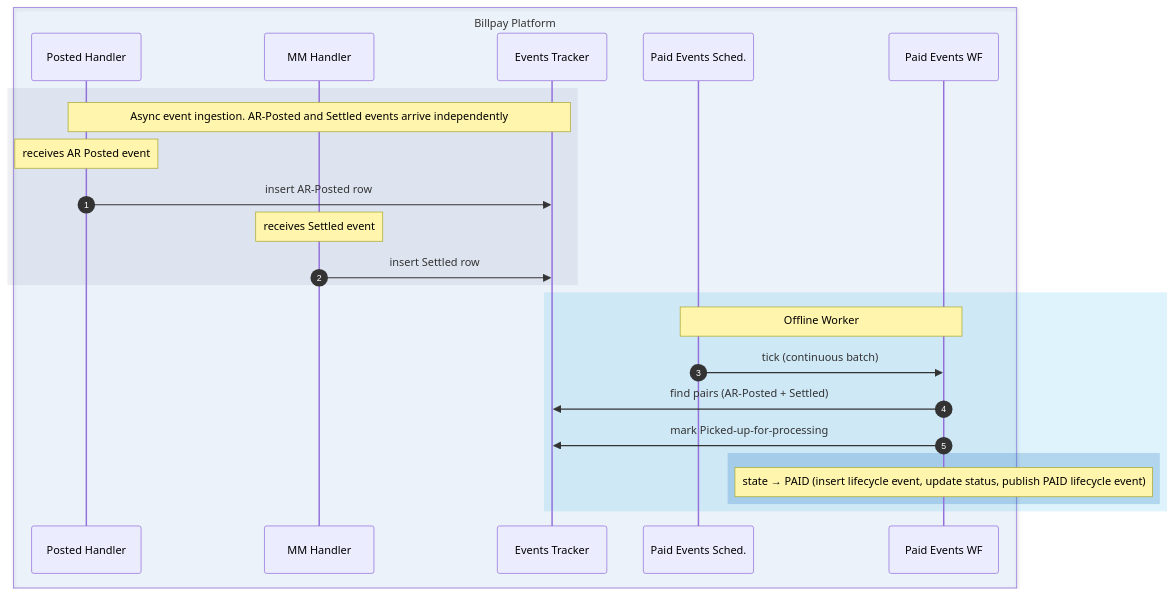
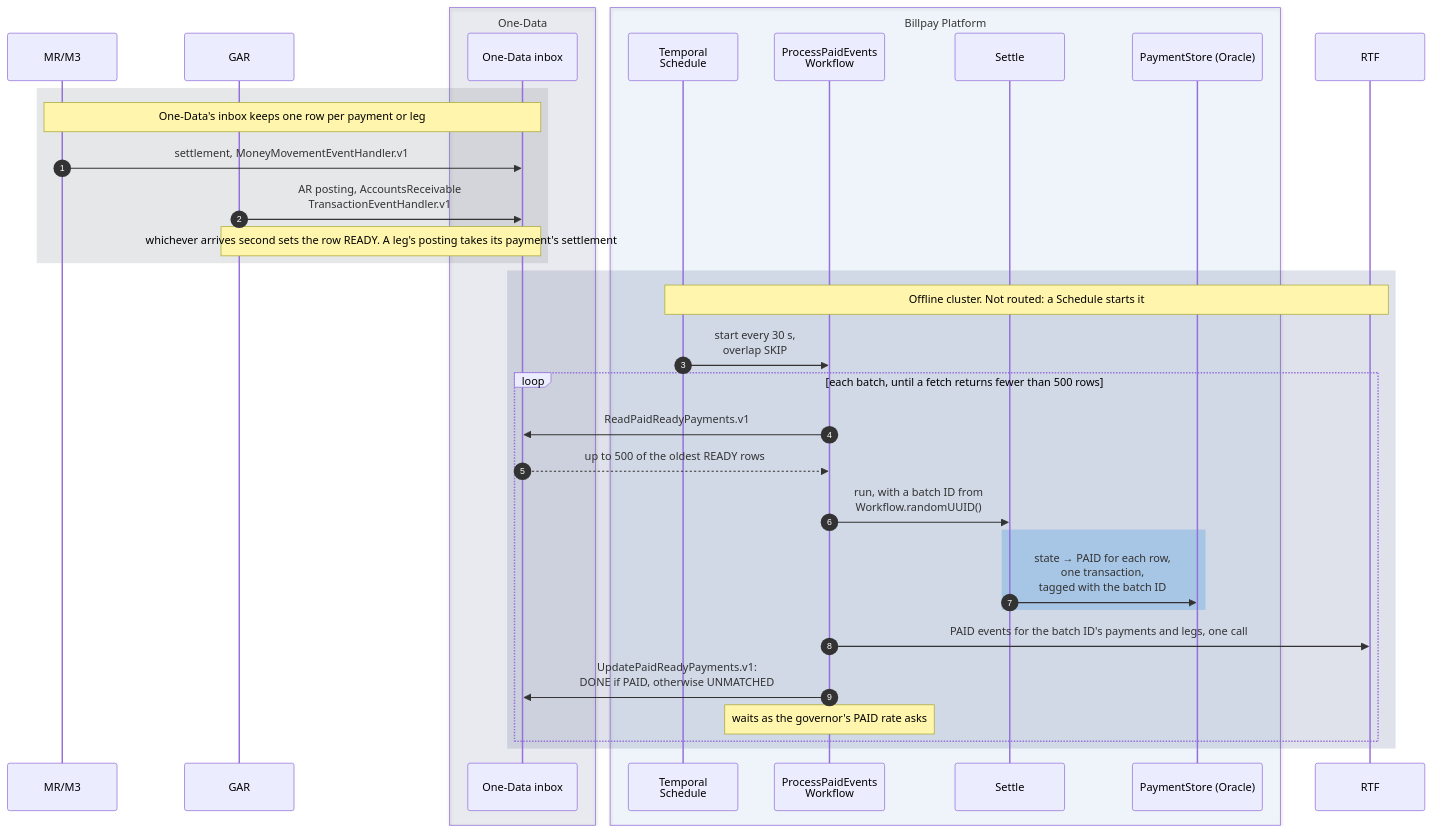
Before and after one commit to arunav-bhattacharya/billpay-book: the tenth of 13 diagrams in website/docs/design/sequence-diagrams.md, drawn with Mermaid. The commit also changed other lines of this file and 50 other files, not shown here.

````diff
--- a/website/docs/design/sequence-diagrams.md
+++ b/website/docs/design/sequence-diagrams.md
@@ -729,35 +644,48 @@
 ```mermaid
 ---
 config:
   fontFamily: "BentonSansUI, Helvetica, Arial, sans-serif"
   fontSize: 15
 ---
 sequenceDiagram
   autonumber
 
-  box rgba(1,111,208,0.06) Billpay Platform
-    participant PPH as Posted Handler
-    participant MMH as MM Handler
-    participant TRK as Events Tracker
-    participant SCH as Paid Events Sched.
-    participant PEP as Paid Events WF
+  participant MM as MR/M3
+  participant GAR
+
+  box rgba(0,23,90,0.07) One-Data
+    participant IN as One-Data inbox
   end
 
-  rect rgba(90,112,145,0.10)
-    Note over PPH,TRK: Async event ingestion. AR-Posted and Settled events arrive independently
-    Note over PPH: receives AR Posted event
-    PPH->>TRK: insert AR-Posted row
-    Note over MMH: receives Settled event
-    MMH->>TRK: insert Settled row
+  box rgba(0,111,207,0.05) Billpay Platform
+    participant SCH as Temporal<br/>Schedule
+    participant WF as ProcessPaidEvents<br/>Workflow
+    participant SET as Settle
+    participant PS as PaymentStore (Oracle)
   end
 
-  rect rgba(0,163,224,0.13)
-    Note over SCH,PEP: Offline Worker
-    SCH->>PEP: tick (continuous batch)
-    PEP->>TRK: find pairs (AR-Posted + Settled)
-    PEP->>TRK: mark Picked-up-for-processing
-    rect rgba(0,98,182,0.20)
-      Note over PEP: state → PAID (insert lifecycle event, update status, publish PAID lifecycle event)
+  participant RTF
+
+  rect rgba(83,86,90,0.14)
+    Note over MM,IN: One-Data's inbox keeps one row per payment or leg
+    MM->>IN: settlement, MoneyMovementEventHandler.v1
+    GAR->>IN: AR posting, AccountsReceivable<br/>TransactionEventHandler.v1
+    Note over GAR,IN: whichever arrives second sets the row READY. A leg's posting takes its payment's settlement
+  end
+
+  rect rgba(0,23,90,0.12)
+    Note over SCH,RTF: Offline cluster. Not routed: a Schedule starts it
+    SCH->>WF: start every 30 s,<br/>overlap SKIP
+    loop each batch, until a fetch returns fewer than 500 rows
+      WF->>IN: ReadPaidReadyPayments.v1
+      IN-->>WF: up to 500 of the oldest READY rows
+      WF->>SET: run, with a batch ID from<br/>Workflow.randomUUID()
+      rect rgba(102,169,226,0.40)
+        SET->>PS: state → PAID for each row,<br/>one transaction,<br/>tagged with the batch ID
+      end
+      WF->>RTF: PAID events for the batch ID's payments and legs, one call
+      WF->>IN: UpdatePaidReadyPayments.v1:<br/>DONE if PAID, otherwise UNMATCHED
+      Note over WF: waits as the governor's PAID rate asks
     end
   end
 ```
````
